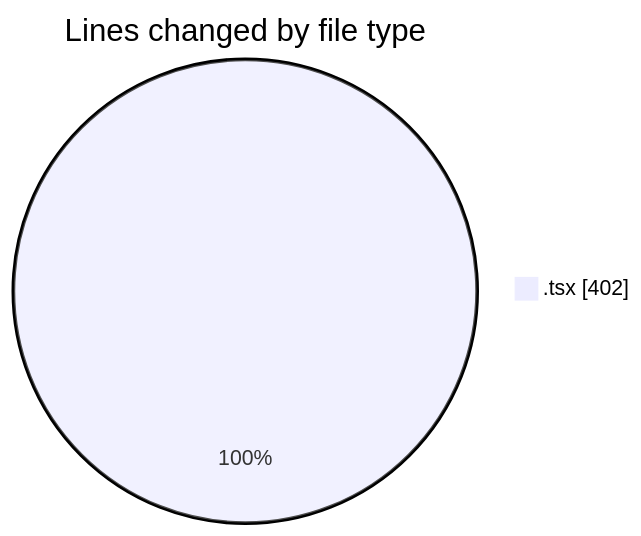
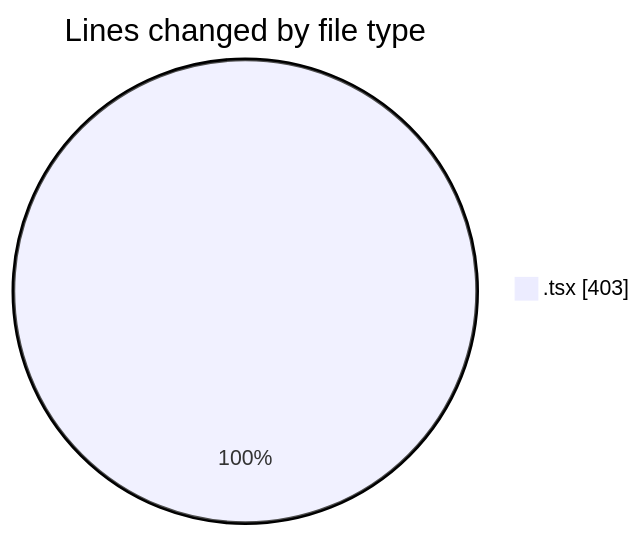
The first of 2 diagrams in 2025-03-10/portofolio/README.md (donsfak/code-tracking), drawn with Mermaid before and after one commit. The commit also changed other lines of this file and 1 other file, not shown here.

````diff
--- a/2025-03-10/portofolio/README.md
+++ b/2025-03-10/portofolio/README.md
@@ -20,5 +20,5 @@
 ```mermaid
 pie showData
 title Lines changed by file type
-".tsx" : 402
+".tsx" : 403
 ```
````
